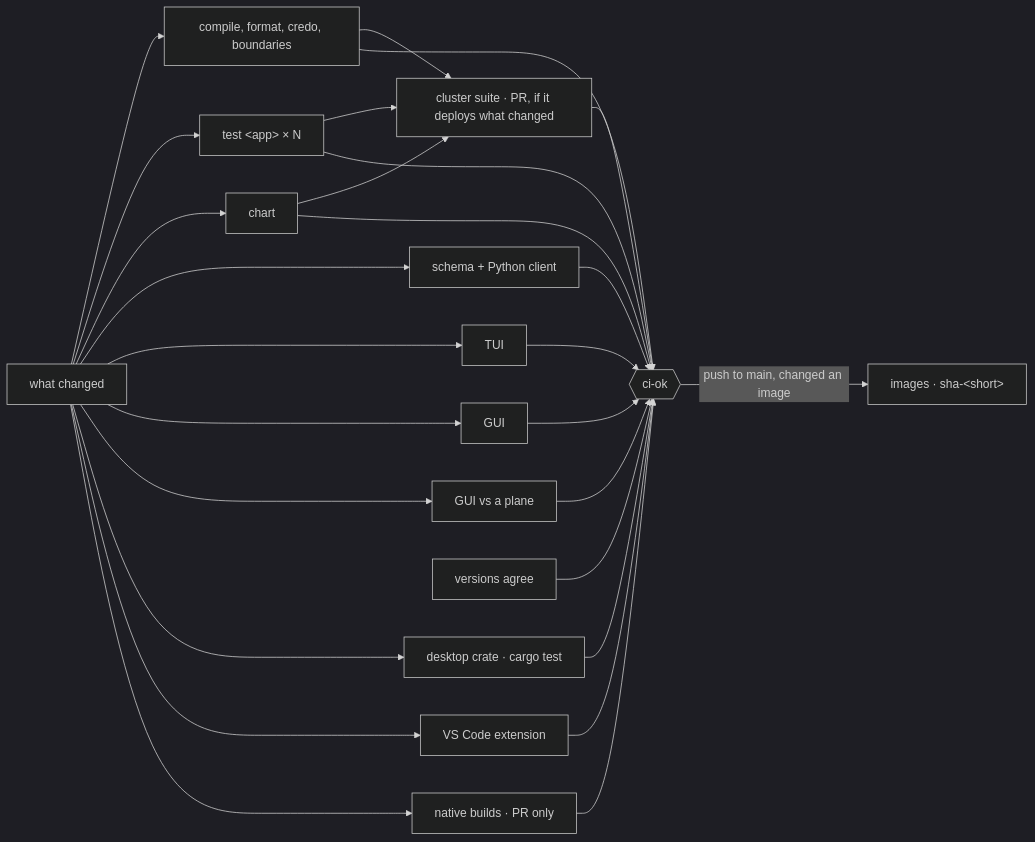
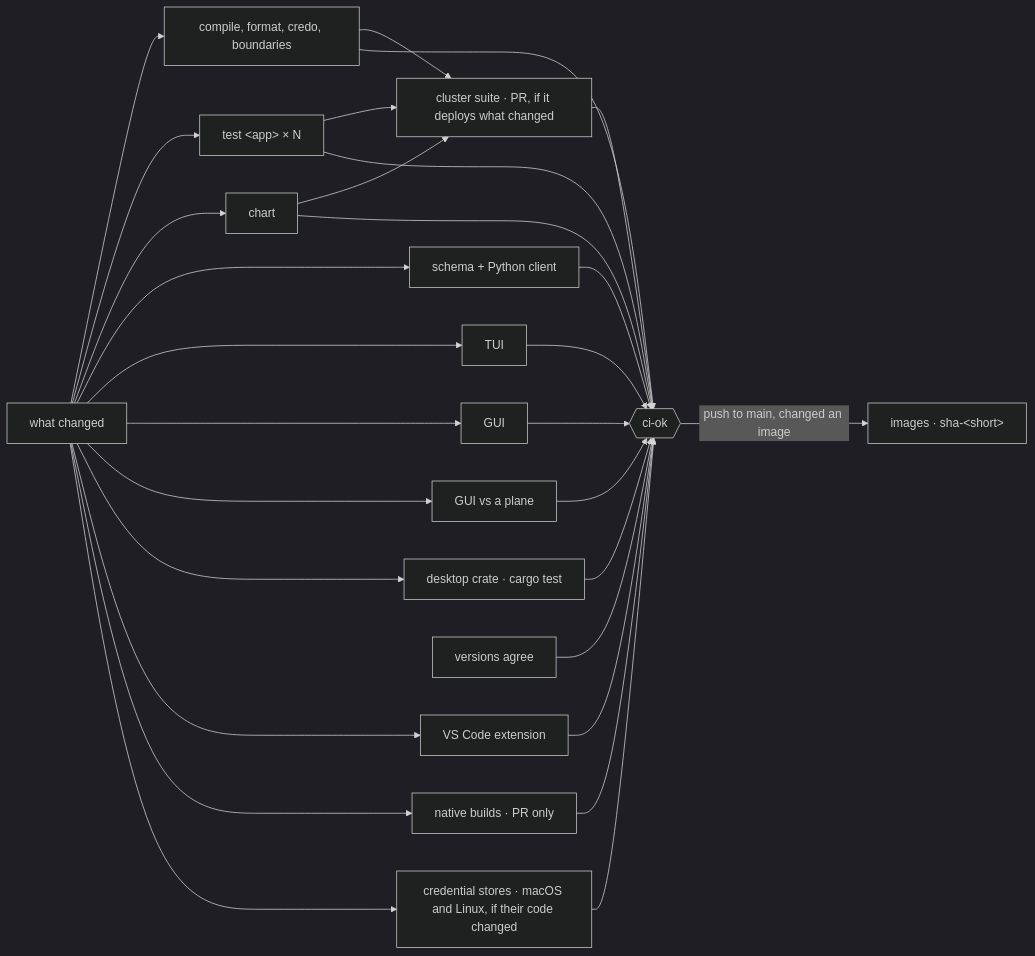
Before and after one commit to it-minds/troupe: the second of 4 diagrams in docs/developer/ci.md, drawn with Mermaid (dark theme). The commit also changed other lines of this file and 39 other files, not shown here.

````diff
--- a/docs/developer/ci.md
+++ b/docs/developer/ci.md
@@ -71,10 +72,11 @@
 ```mermaid
 flowchart LR
   changes[what changed] --> lint[compile, format, credo, boundaries]
   changes --> test["test &lt;app&gt; × N"]
   changes --> chart & protocol[schema + Python client] & tui[TUI] & gui[GUI] & e2e[GUI vs a plane] & desktop[desktop crate · cargo test] & vscode[VS Code extension] & native[native builds · PR only]
   lint & test & chart --> cluster[cluster suite · PR, if it deploys what changed]
+  changes --> keyring[credential stores · macOS and Linux, if their code changed]
   versions[versions agree] --> ok
-  lint & test & chart & protocol & tui & gui & e2e & desktop & vscode & native & cluster --> ok{{ci-ok}}
+  lint & test & chart & protocol & tui & gui & e2e & desktop & vscode & native & cluster & keyring --> ok{{ci-ok}}
   ok -->|push to main, changed an image| images[images · sha-&lt;short&gt;]
 ```
````
